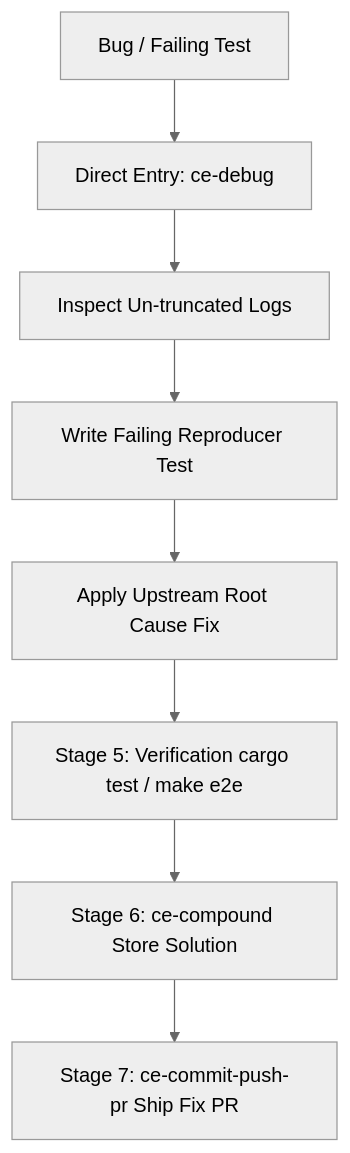
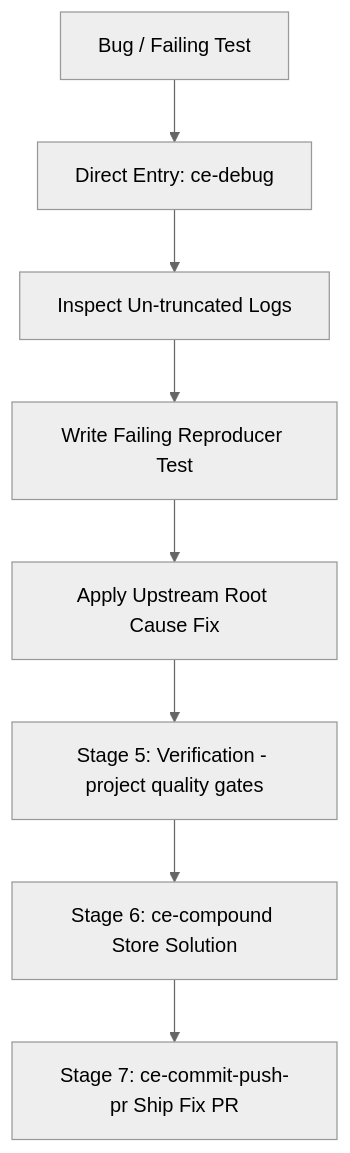
One commit to mastepanoski/ce-ai changed the third of 9 diagrams in docs/user-guide/quick-start-workflow-guide.md. Above: the diagram before and after it, drawn with Mermaid (neutral theme). The commit also changed other lines of this file and 8 other files, not shown here.

First line of the commit message:
docs: make Stage 5 language-agnostic and correct harness-count claims

````diff
--- a/docs/user-guide/quick-start-workflow-guide.md
+++ b/docs/user-guide/quick-start-workflow-guide.md
@@ -83,10 +83,10 @@
 ```mermaid
 flowchart TD
     BUG[Bug / Failing Test] --> DEBUG[Direct Entry: ce-debug]
     DEBUG --> LOGS[Inspect Un-truncated Logs]
     LOGS --> TEST[Write Failing Reproducer Test]
     TEST --> FIX[Apply Upstream Root Cause Fix]
-    FIX --> VERIFY[Stage 5: Verification cargo test / make e2e]
+    FIX --> VERIFY[Stage 5: Verification - project quality gates]
     VERIFY --> COMPOUND[Stage 6: ce-compound Store Solution]
     COMPOUND --> SHIP[Stage 7: ce-commit-push-pr Ship Fix PR]
 ```
````
